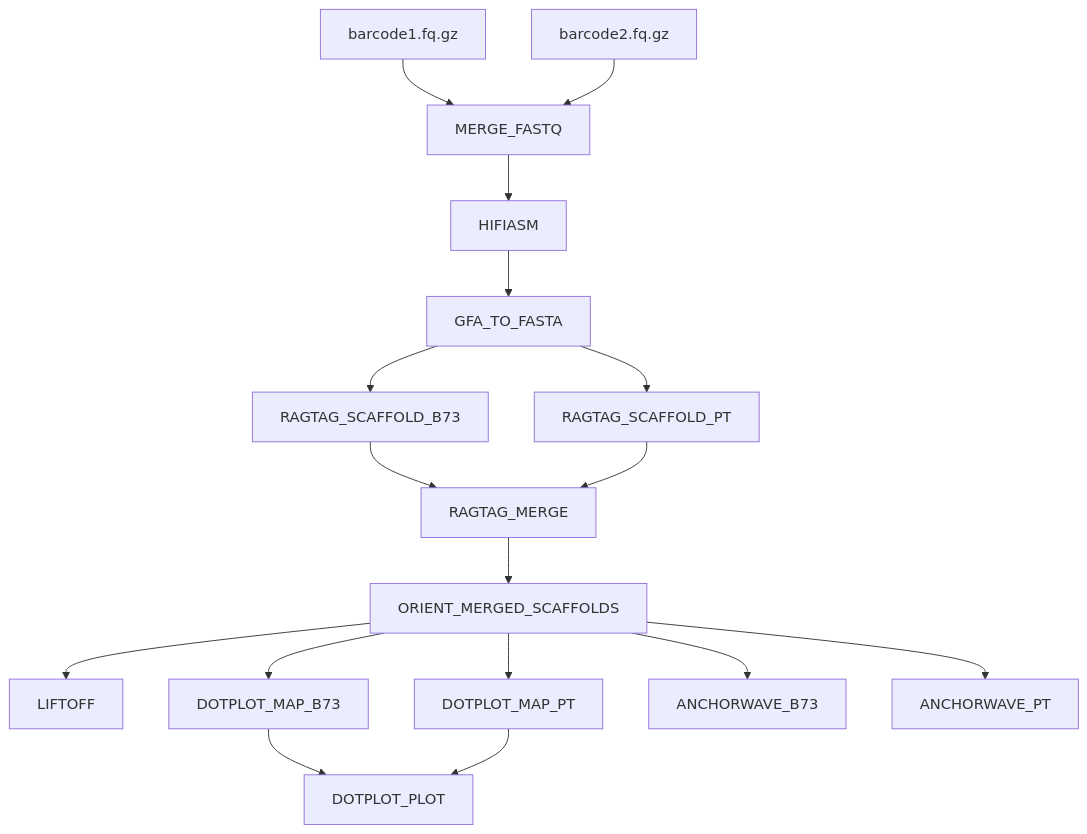
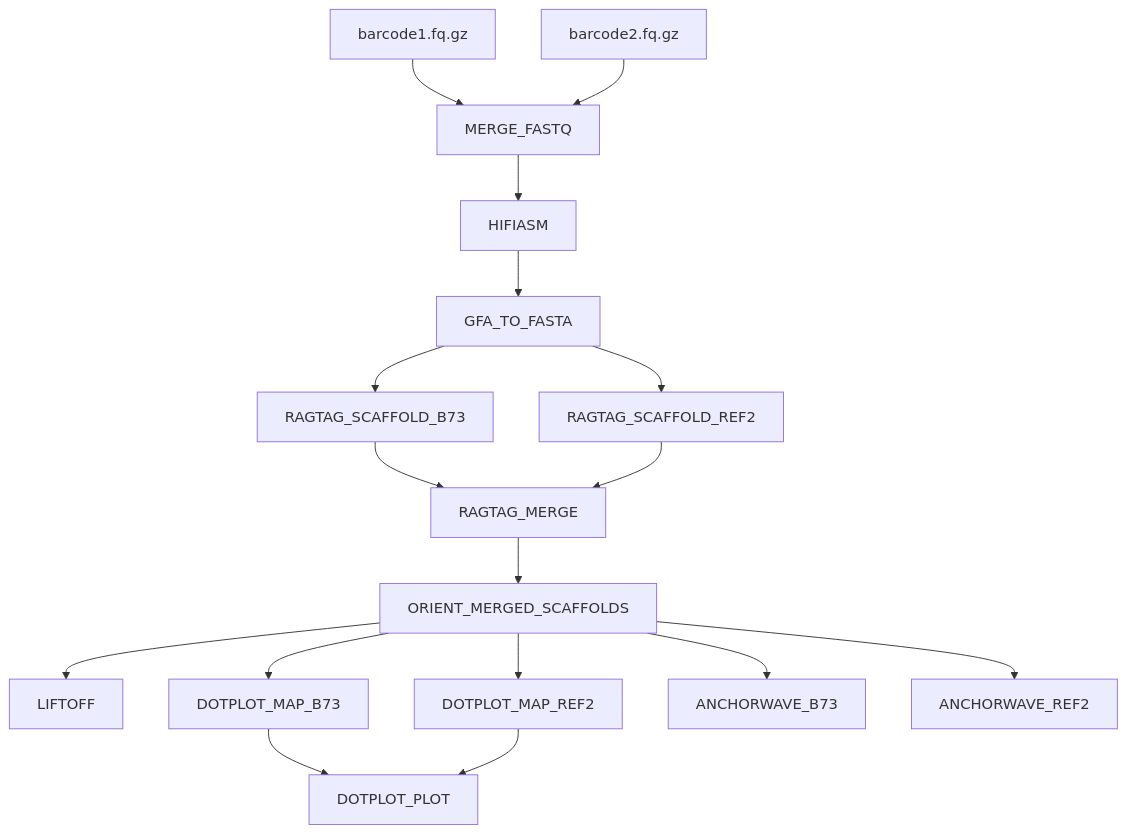
One commit to sawers-rellan-labs/nilhifi changed the diagram in README.md. Above: the diagram before and after it, drawn with Mermaid. The commit also changed other lines of this file and 13 other files, not shown here.

First line of the commit message:
Fix orient chr4 misassignment, skip merge for BDI, bump RAGTAG memory

````diff
--- a/README.md
+++ b/README.md
@@ -8,19 +8,19 @@
 ```mermaid
 graph TD
     BC1[barcode1.fq.gz] --> MERGE[MERGE_FASTQ]
     BC2[barcode2.fq.gz] --> MERGE
     MERGE --> HIFIASM
     HIFIASM --> GFA[GFA_TO_FASTA]
     GFA --> SCAFFOLD_B73[RAGTAG_SCAFFOLD_B73]
-    GFA --> SCAFFOLD_PT[RAGTAG_SCAFFOLD_PT]
+    GFA --> SCAFFOLD_REF2[RAGTAG_SCAFFOLD_REF2]
     SCAFFOLD_B73 --> MERGE_SCAF[RAGTAG_MERGE]
-    SCAFFOLD_PT --> MERGE_SCAF
+    SCAFFOLD_REF2 --> MERGE_SCAF
     MERGE_SCAF --> ORIENT[ORIENT_MERGED_SCAFFOLDS]
     ORIENT --> LIFTOFF
     ORIENT --> DOTPLOT_B73[DOTPLOT_MAP_B73]
-    ORIENT --> DOTPLOT_PT[DOTPLOT_MAP_PT]
+    ORIENT --> DOTPLOT_REF2[DOTPLOT_MAP_REF2]
     DOTPLOT_B73 --> DOTPLOT_PLOT
-    DOTPLOT_PT --> DOTPLOT_PLOT
+    DOTPLOT_REF2 --> DOTPLOT_PLOT
     ORIENT --> AW_B73[ANCHORWAVE_B73]
-    ORIENT --> AW_PT[ANCHORWAVE_PT]
+    ORIENT --> AW_REF2[ANCHORWAVE_REF2]
 ```
````
